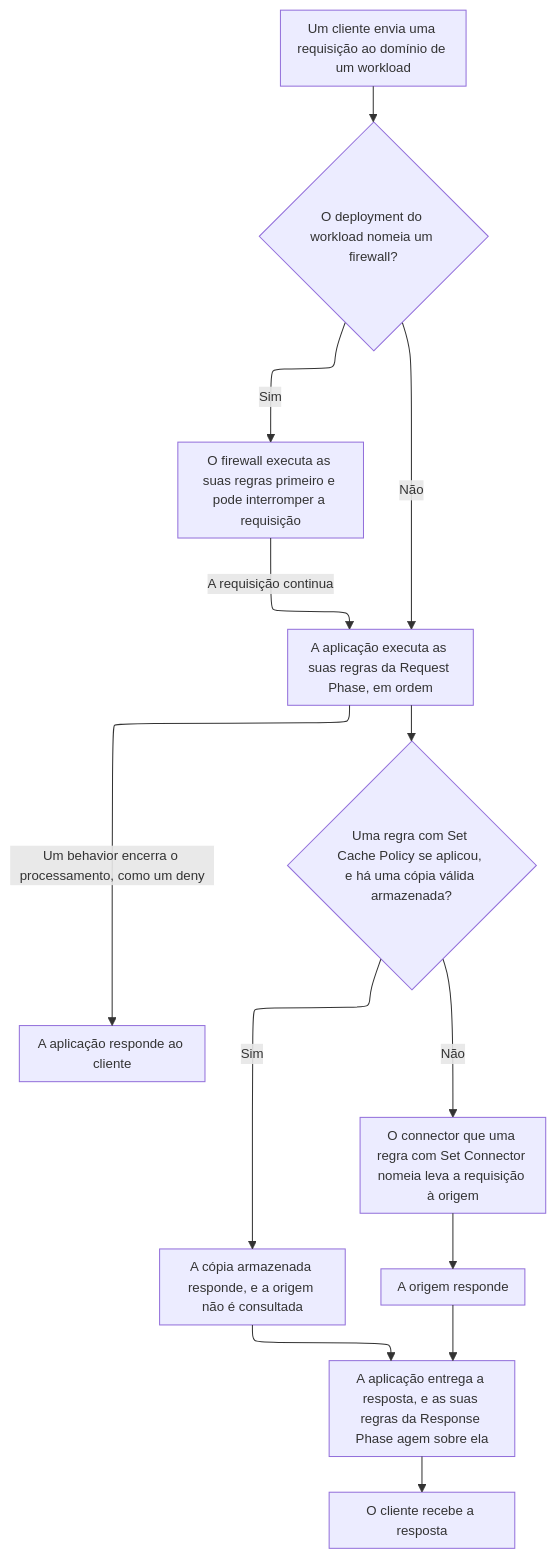
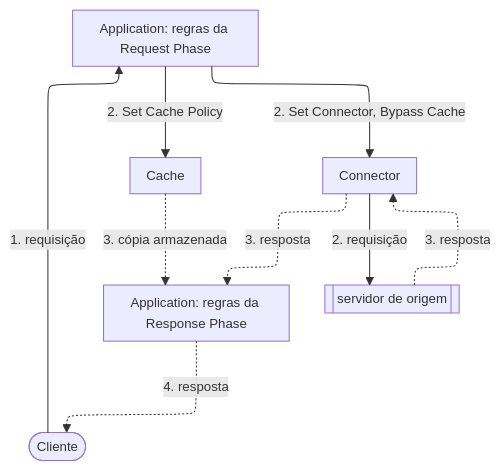
One commit to aziontech/docs changed the second of 3 diagrams in apps/docs/src/content/docs/pt-br/pages/build/applications/como-funciona.mdx. Above: the diagram before and after it, drawn with Mermaid. The commit also changed other lines of this file and 91 other files, not shown here.

````diff
--- a/apps/docs/src/content/docs/pt-br/pages/build/applications/como-funciona.mdx
+++ b/apps/docs/src/content/docs/pt-br/pages/build/applications/como-funciona.mdx
@@ -30,16 +73,18 @@
 ```mermaid
-%%{init: {"layout": "elk", "themeVariables": {"fontSize": "13px"}, "flowchart": {"nodeSpacing": 24, "rankSpacing": 36, "padding": 8, "wrappingWidth": 150, "useMaxWidth": true}, "sequence": {"width": 120, "actorMargin": 30, "useMaxWidth": true}}}%%
+%%{init: {"layout": "elk", "elk": {"cycleBreakingStrategy": "MODEL_ORDER"}, "themeVariables": {"fontSize": "13px"}, "flowchart": {"nodeSpacing": 24, "rankSpacing": 36, "padding": 8, "wrappingWidth": 150, "useMaxWidth": true}, "sequence": {"width": 120, "actorMargin": 30, "useMaxWidth": true}}}%%
 flowchart TD
-  Client["Um cliente envia uma requisição ao domínio de um workload"] --> Fw{"O deployment do workload nomeia um firewall?"}
-  Fw -->|"Sim"| Firewall["O firewall executa as suas regras primeiro e pode interromper a requisição"]
-  Fw -->|"Não"| Req["A aplicação executa as suas regras da Request Phase, em ordem"]
-  Firewall -->|"A requisição continua"| Req
-  Req -->|"Um behavior encerra o processamento, como um deny"| Answer["A aplicação responde ao cliente"]
-  Req --> Copy{"Uma regra com Set Cache Policy se aplicou, e há uma cópia válida armazenada?"}
-  Copy -->|"Sim"| Stored["A cópia armazenada responde, e a origem não é consultada"]
-  Copy -->|"Não"| Conn["O connector que uma regra com Set Connector nomeia leva a requisição à origem"]
-  Conn --> Origin["A origem responde"]
-  Stored --> Resp["A aplicação entrega a resposta, e as suas regras da Response Phase agem sobre ela"]
-  Origin --> Resp
-  Resp --> Done["O cliente recebe a resposta"]
+  Client(["Cliente"])
+  ReqRules["Application: regras da Request Phase"]
+  RespRules["Application: regras da Response Phase"]
+  Cache["Cache"]
+  Conn["Connector"]
+  Origin[["servidor de origem"]]
+  Client -->|"1. requisição"| ReqRules
+  ReqRules -->|"2. Set Cache Policy"| Cache
+  ReqRules -->|"2. Set Connector, Bypass Cache"| Conn
+  Conn -->|"2. requisição"| Origin
+  Cache -.->|"3. cópia armazenada"| RespRules
+  Origin -.->|"3. resposta"| Conn
+  Conn -.->|"3. resposta"| RespRules
+  RespRules -.->|"4. resposta"| Client
 ```
````
